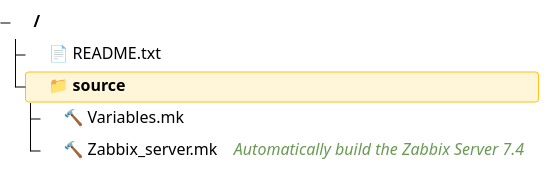
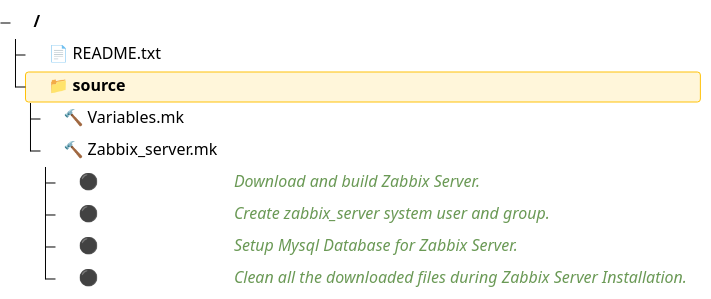
The diagram in README.md (Zai4ikManiak/Cyber-Security-Study), drawn with Mermaid before and after one commit.

Commit message:
modified:   README.md

````diff
--- a/README.md
+++ b/README.md
@@ -2,13 +2,17 @@
 ```mermaid
 ---
 config:
     treeView:
         showIcons: true
         defaultIconPack: material-icon-theme
 ---
 treeView-beta
     📄 README.txt
     📁 source/ :::highlight
         🔨 Variables.mk
-        🔨 Zabbix_server.mk ## Automatically build the Zabbix Server 7.4
+        🔨 Zabbix_server.mk
+            ⚫ ## Download and build Zabbix Server.
+            ⚫ ## Create zabbix_server system user and group.
+            ⚫ ## Setup Mysql Database for Zabbix Server.
+            ⚫ ## Clean all the downloaded files during Zabbix Server Installation.
 ```
````
